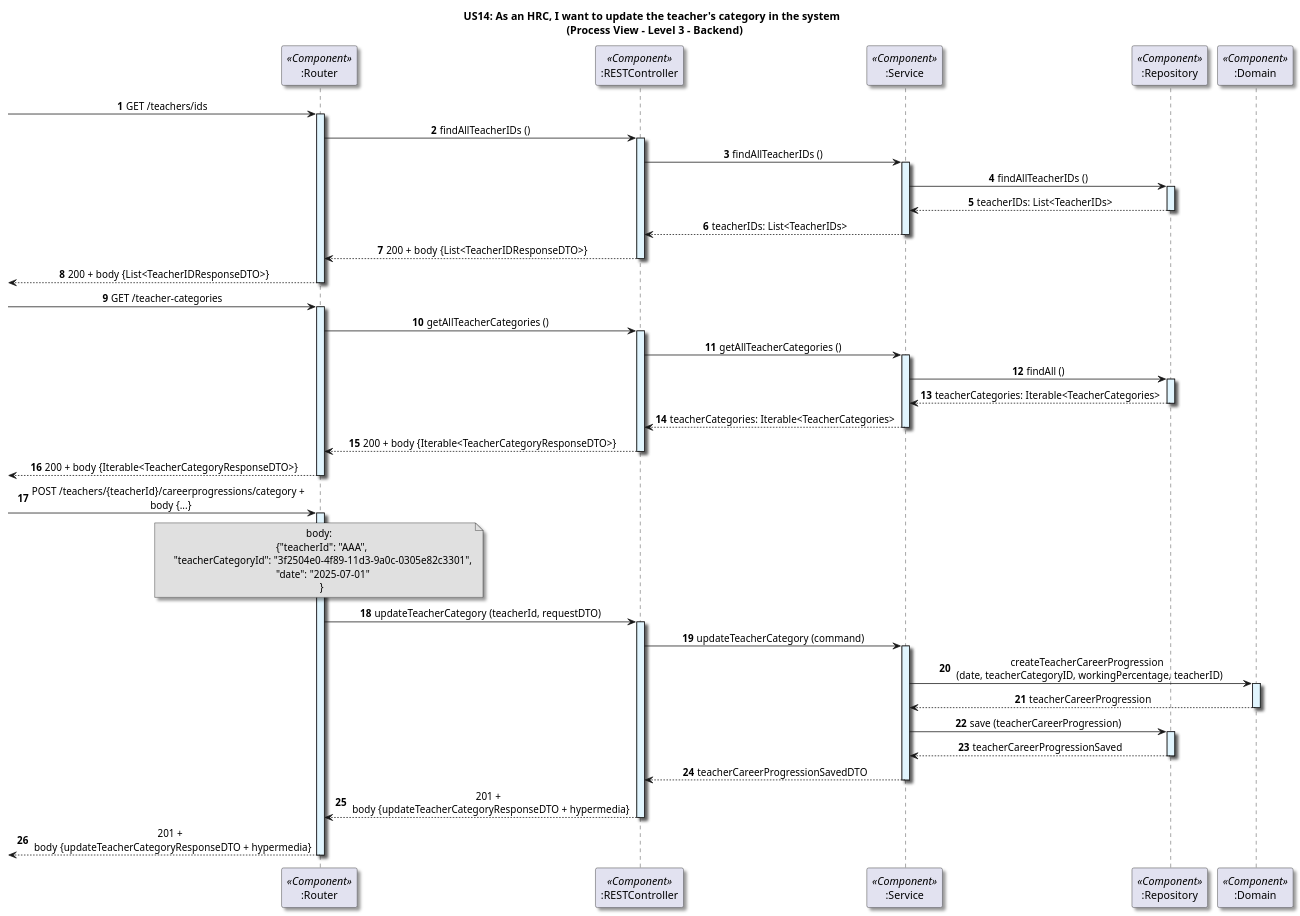
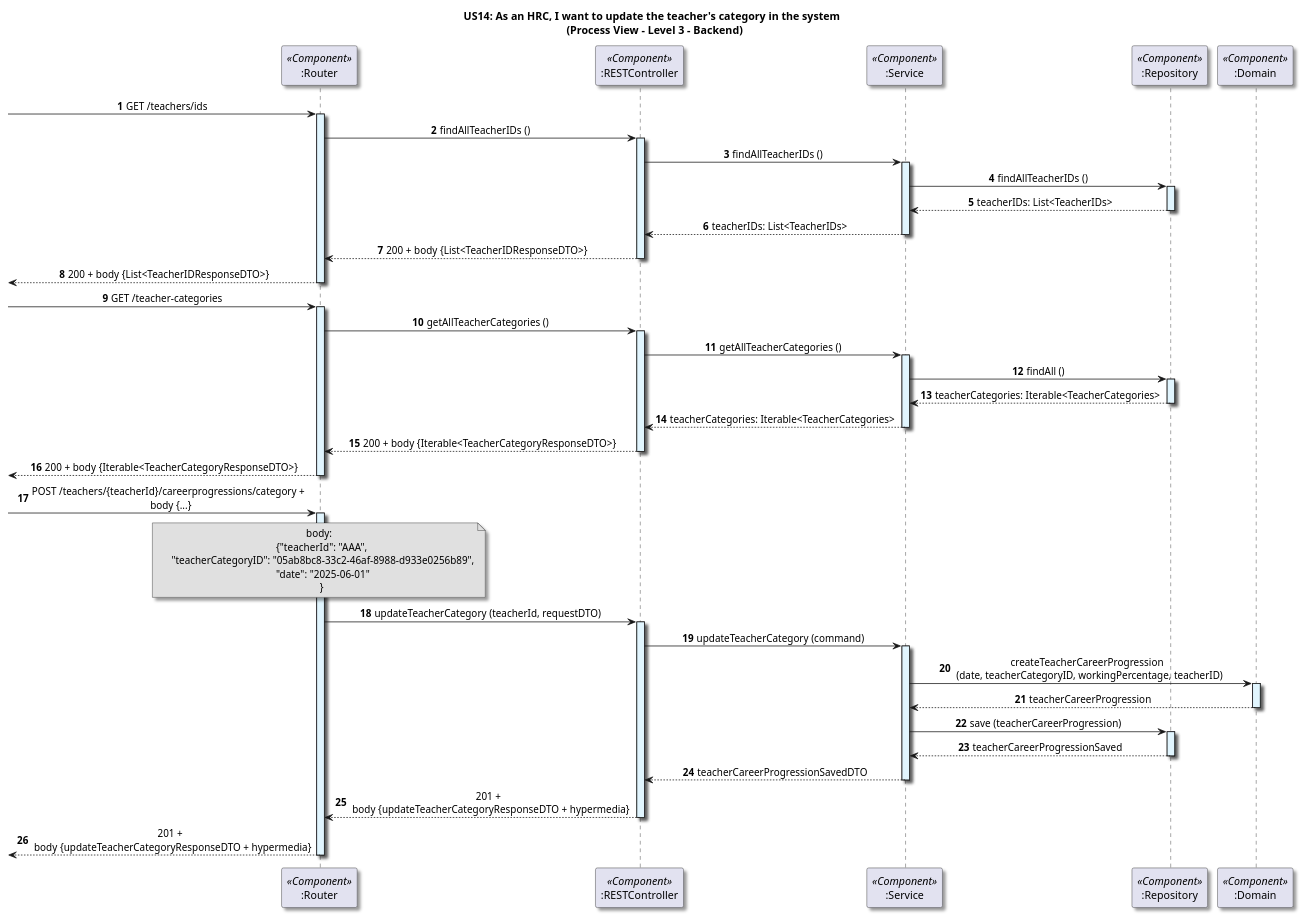
Before and after one commit to GasparISEP/DevOps-PAI: the diagram in docs/US14/Sprint7_RestAPI/ProcessView/Level3.puml, drawn with PlantUML. The commit also changed 1 other file, not shown here.

Commit message:
docs(process): update level 2 and 3 process views for configureTeacherCategory functionality with minor adjustments #675 #713

```diff
--- a/docs/US14/Sprint7_RestAPI/ProcessView/Level3.puml
+++ b/docs/US14/Sprint7_RestAPI/ProcessView/Level3.puml
@@ -1,108 +1,108 @@
 @startuml
 
 title US14: As an HRC, I want to update the teacher's category in the system \n (Process View - Level 3 - Backend)
 
 skinparam defaultTextAlignment center
 skinparam shadowing true
 
 autonumber
 
 participant ":Router" as router <<Component>>
 participant ":RESTController" as controller <<Component>>
 participant ":Service" as service <<Component>>
 participant ":Repository" as repository <<Component>>
 participant ":Domain" as domain <<Component>>
 
 ' findAllTeacherIDs method '
 
 -> router: GET /teachers/ids
 activate router #E1F5FE
 
 router -> controller: findAllTeacherIDs ()
 activate controller #E1F5FE
 
 controller -> service: findAllTeacherIDs ()
 activate service #E1F5FE
 
 service -> repository: findAllTeacherIDs ()
 activate repository #E1F5FE
 
 repository --> service: teacherIDs: List<TeacherIDs>
 deactivate repository
 
 service --> controller: teacherIDs: List<TeacherIDs>
 deactivate service
 
 controller --> router: 200 + body {List<TeacherIDResponseDTO>}
 deactivate controller
 
 <-- router: 200 + body {List<TeacherIDResponseDTO>}
 deactivate router
 
 ' getAllTeacherCategories method '
 
 -> router: GET /teacher-categories
 activate router #E1F5FE
 
 router -> controller: getAllTeacherCategories ()
 activate controller #E1F5FE
 
 controller -> service: getAllTeacherCategories ()
 activate service #E1F5FE
 
 service -> repository: findAll ()
 activate repository #E1F5FE
 
 repository --> service: teacherCategories: Iterable<TeacherCategories>
 deactivate repository
 
 service --> controller: teacherCategories: Iterable<TeacherCategories>
 deactivate service
 
 controller --> router: 200 + body {Iterable<TeacherCategoryResponseDTO>}
 deactivate controller
 
 <-- router: 200 + body {Iterable<TeacherCategoryResponseDTO>}
 deactivate router
 
 ' updateTeacherCategory method '
 
 -> router: POST /teachers/{teacherId}/careerprogressions/category + \n body {...}
 activate router #E1F5FE
 
 note over router #E0E0E0
   body:
     {"teacherId": "AAA",
-     "teacherCategoryId": "3f2504e0-4f89-11d3-9a0c-0305e82c3301",
-     "date": "2025-07-01"
+     "teacherCategoryID": "05ab8bc8-33c2-46af-8988-d933e0256b89",
+     "date": "2025-06-01"
     }
 end note
 
 router -> controller: updateTeacherCategory (teacherId, requestDTO)
 activate controller #E1F5FE
 
 controller -> service: updateTeacherCategory (command)
 activate service #E1F5FE
 
 service -> domain: createTeacherCareerProgression \n (date, teacherCategoryID, workingPercentage, teacherID)
 activate domain #E1F5FE
 
 domain --> service: teacherCareerProgression
 deactivate domain
 
 service -> repository: save (teacherCareerProgression)
 activate repository #E1F5FE
 
 repository --> service: teacherCareerProgressionSaved
 deactivate repository
 
 service --> controller: teacherCareerProgressionSavedDTO
 deactivate service
 
 controller --> router: 201 + \n body {updateTeacherCategoryResponseDTO + hypermedia}
 deactivate controller
 
 <-- router: 201 + \n body {updateTeacherCategoryResponseDTO + hypermedia}
 deactivate router
 
 @enduml
```
